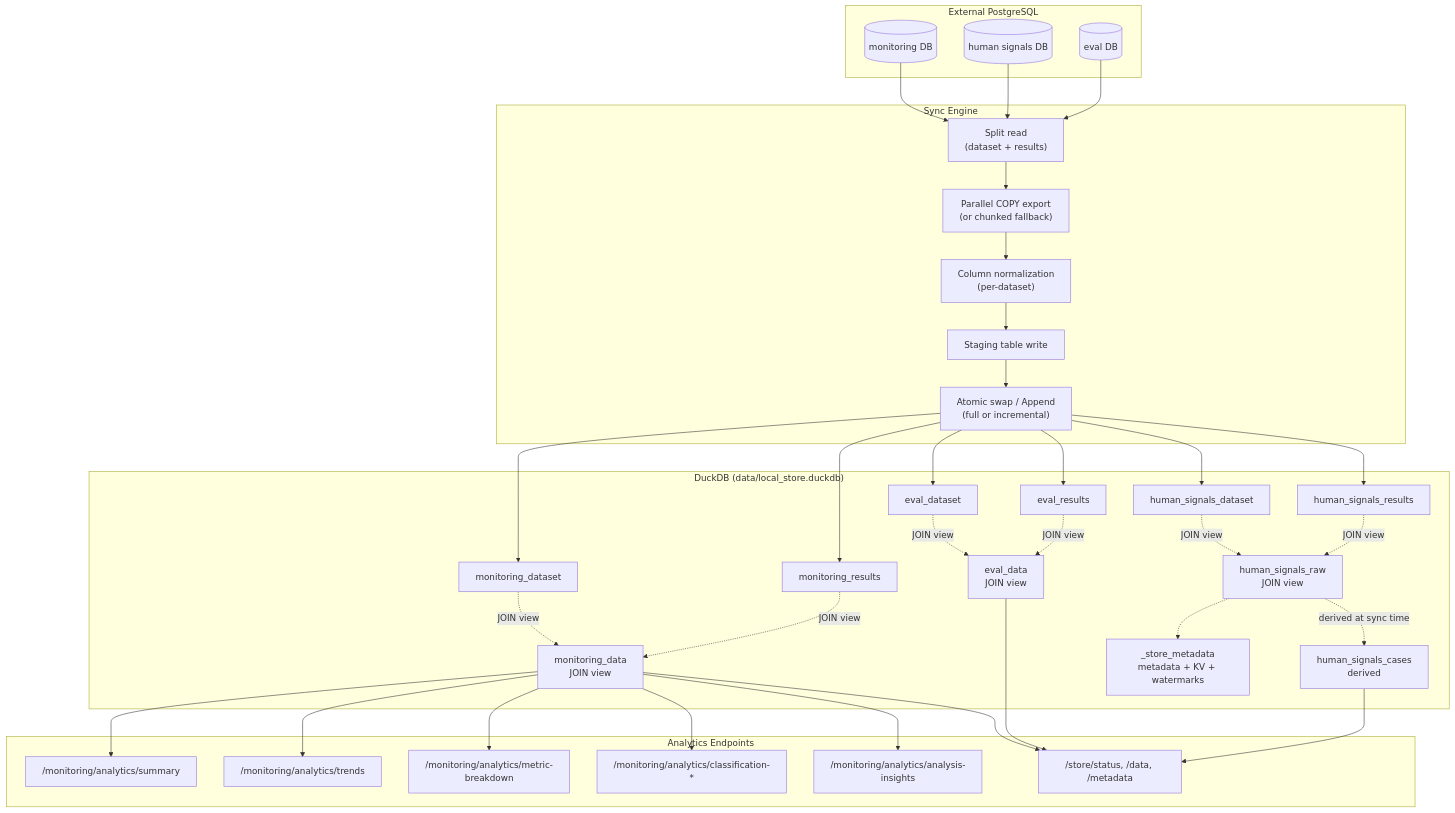
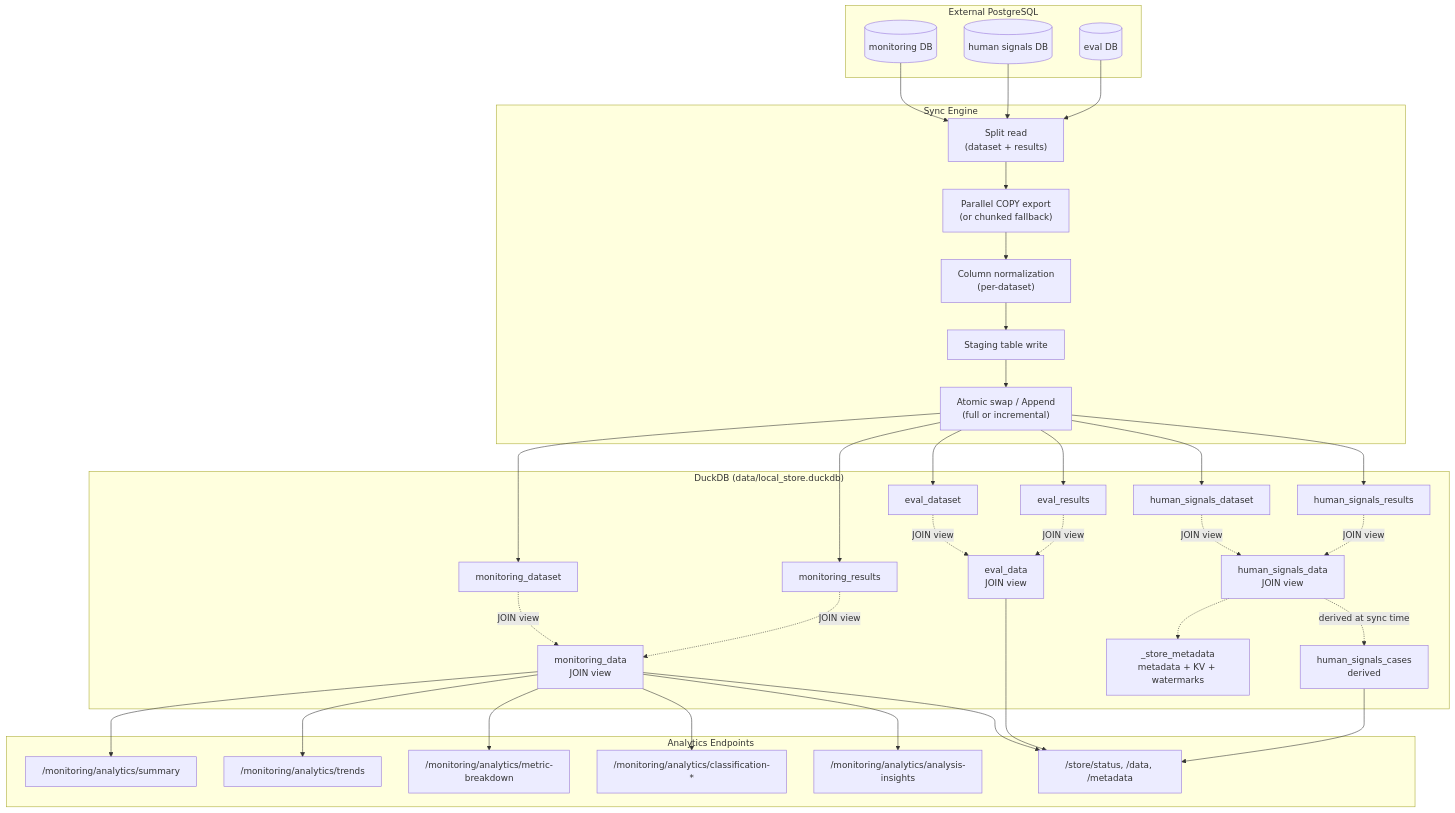
The diagram in docs/architecture/duckdb-store.md (ax-foundry/axis), drawn with Mermaid before and after one commit. The commit also changed other lines of this file and 12 other files, not shown here.

Commit message:
human signals

````diff
--- a/docs/architecture/duckdb-store.md
+++ b/docs/architecture/duckdb-store.md
@@ -11,67 +11,67 @@
 ```mermaid
 graph TB
     subgraph Sources ["External PostgreSQL"]
         PG_MON[(monitoring DB)]
         PG_FB[(human signals DB)]
         PG_EVAL[(eval DB)]
     end
 
     subgraph SyncEngine ["Sync Engine"]
         SPLIT["Split read<br/>(dataset + results)"]
         COPY["Parallel COPY export<br/>(or chunked fallback)"]
         NORM["Column normalization<br/>(per-dataset)"]
         STAGE["Staging table write"]
         SWAP["Atomic swap / Append<br/>(full or incremental)"]
     end
 
     subgraph DuckDB ["DuckDB (data/local_store.duckdb)"]
         T_MON_D[monitoring_dataset]
         T_MON_R[monitoring_results]
         T_MON[monitoring_data<br/>JOIN view]
         T_FB_D[human_signals_dataset]
         T_FB_R[human_signals_results]
-        T_FB_RAW[human_signals_raw<br/>JOIN view]
+        T_FB_RAW[human_signals_data<br/>JOIN view]
         T_FB_CASES[human_signals_cases<br/>derived]
         T_EVAL_D[eval_dataset]
         T_EVAL_R[eval_results]
         T_EVAL[eval_data<br/>JOIN view]
         T_META[_store_metadata<br/>metadata + KV + watermarks]
     end
 
     subgraph API ["Analytics Endpoints"]
         EP_SUMMARY["/monitoring/analytics/summary"]
         EP_TRENDS["/monitoring/analytics/trends"]
         EP_BREAKDOWN["/monitoring/analytics/metric-breakdown"]
         EP_CLASS["/monitoring/analytics/classification-*"]
         EP_ANALYSIS["/monitoring/analytics/analysis-insights"]
         EP_STORE["/store/status, /data, /metadata"]
     end
 
     PG_MON --> SPLIT
     PG_FB --> SPLIT
     PG_EVAL --> SPLIT
     SPLIT --> COPY --> NORM --> STAGE --> SWAP
     SWAP --> T_MON_D
     SWAP --> T_MON_R
     SWAP --> T_FB_D
     SWAP --> T_FB_R
     SWAP --> T_EVAL_D
     SWAP --> T_EVAL_R
     T_MON_D -.->|"JOIN view"| T_MON
     T_MON_R -.->|"JOIN view"| T_MON
     T_FB_D -.->|"JOIN view"| T_FB_RAW
     T_FB_R -.->|"JOIN view"| T_FB_RAW
     T_EVAL_D -.->|"JOIN view"| T_EVAL
     T_EVAL_R -.->|"JOIN view"| T_EVAL
     T_FB_RAW -.->|"derived at sync time"| T_FB_CASES
     T_FB_RAW -.-> T_META
 
     T_MON --> EP_SUMMARY
     T_MON --> EP_TRENDS
     T_MON --> EP_BREAKDOWN
     T_MON --> EP_CLASS
     T_MON --> EP_ANALYSIS
     T_MON --> EP_STORE
     T_EVAL --> EP_STORE
     T_FB_CASES --> EP_STORE
 ```
````
